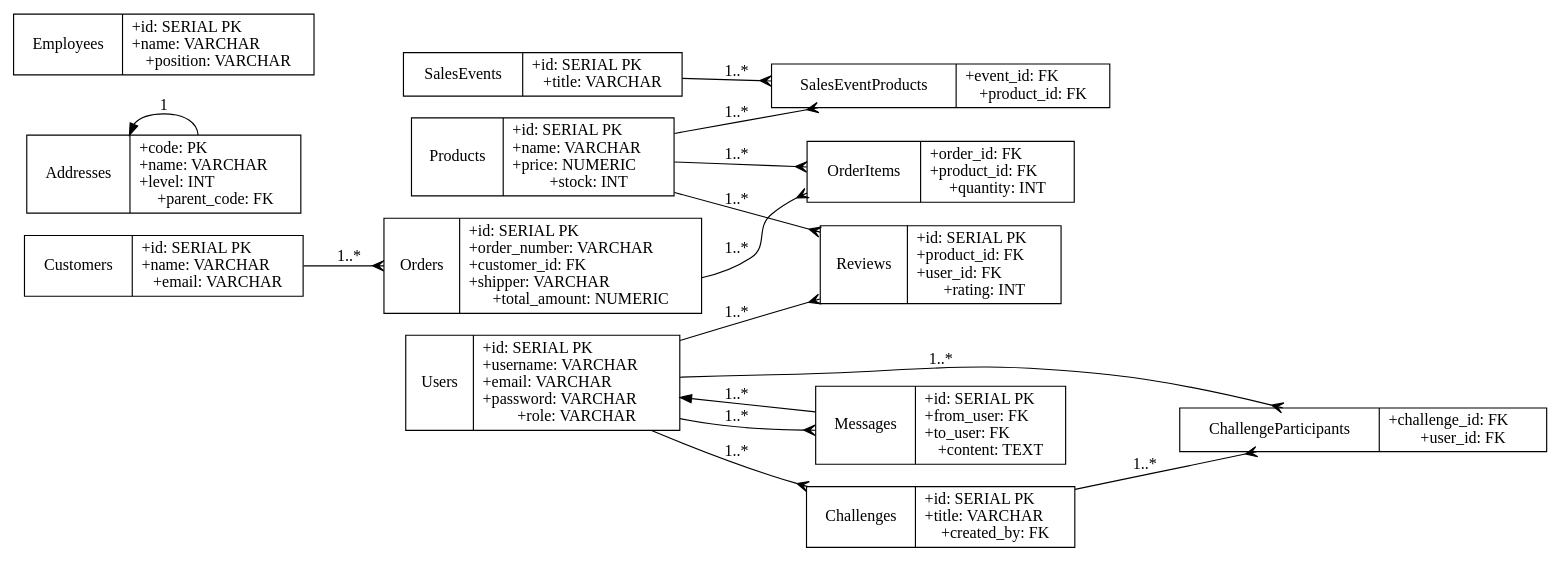
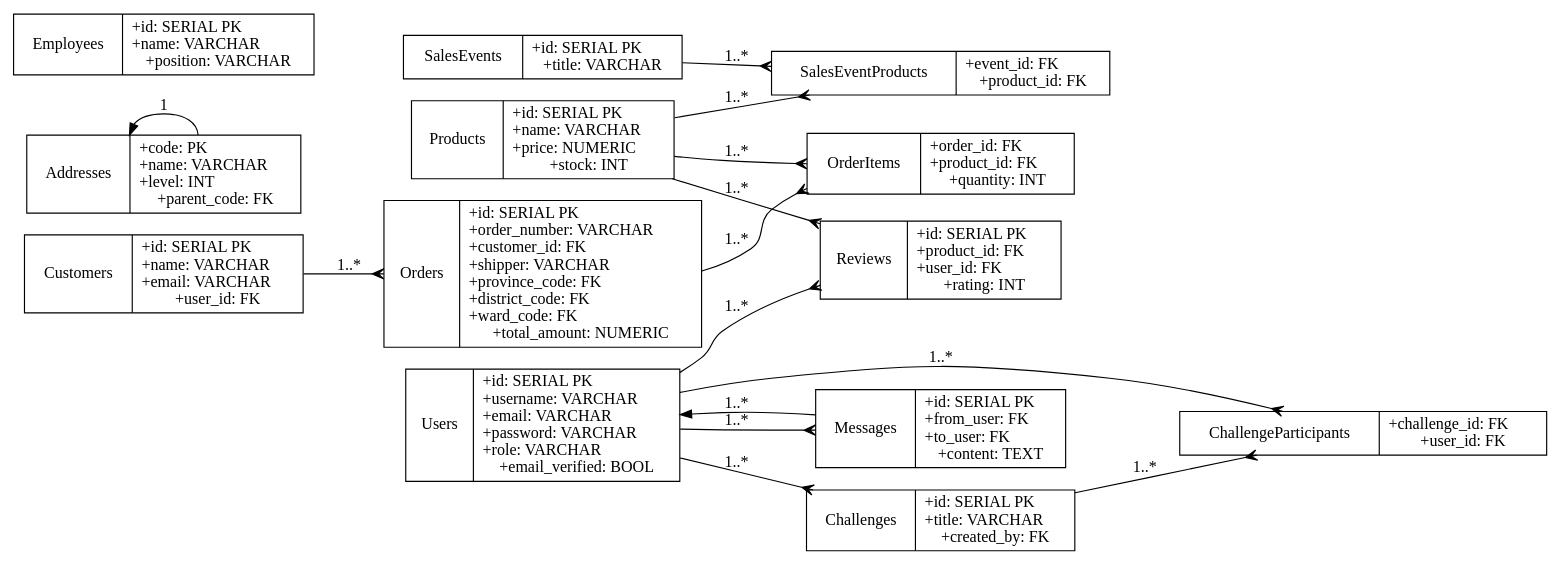
Before and after one commit to PhiHungVo00/Do_An_Cong_Nghe_Phan_Mem: the diagram in database/docs/ERD.dot, drawn with Graphviz. The commit also changed 3 other files, not shown here.

Commit message:
Expand DB schema with customer and shipping details

```diff
--- a/database/docs/ERD.dot
+++ b/database/docs/ERD.dot
@@ -1,31 +1,31 @@
 digraph ERD {
   rankdir=LR;
   node [shape=record];
-  Users [label="{Users|+id: SERIAL PK\l+username: VARCHAR\l+email: VARCHAR\l+password: VARCHAR\l+role: VARCHAR}"];
+  Users [label="{Users|+id: SERIAL PK\l+username: VARCHAR\l+email: VARCHAR\l+password: VARCHAR\l+role: VARCHAR\l+email_verified: BOOL}"];
   Products [label="{Products|+id: SERIAL PK\l+name: VARCHAR\l+price: NUMERIC\l+stock: INT}"];
-  Customers [label="{Customers|+id: SERIAL PK\l+name: VARCHAR\l+email: VARCHAR}"];
-  Orders [label="{Orders|+id: SERIAL PK\l+order_number: VARCHAR\l+customer_id: FK\l+shipper: VARCHAR\l+total_amount: NUMERIC}"];
+  Customers [label="{Customers|+id: SERIAL PK\l+name: VARCHAR\l+email: VARCHAR\l+user_id: FK}"];
+  Orders [label="{Orders|+id: SERIAL PK\l+order_number: VARCHAR\l+customer_id: FK\l+shipper: VARCHAR\l+province_code: FK\l+district_code: FK\l+ward_code: FK\l+total_amount: NUMERIC}"];
   Addresses [label="{Addresses|+code: PK\l+name: VARCHAR\l+level: INT\l+parent_code: FK}"];
   OrderItems [label="{OrderItems|+order_id: FK\l+product_id: FK\l+quantity: INT}"];
   Reviews [label="{Reviews|+id: SERIAL PK\l+product_id: FK\l+user_id: FK\l+rating: INT}"];
   SalesEvents [label="{SalesEvents|+id: SERIAL PK\l+title: VARCHAR}"];
   SalesEventProducts [label="{SalesEventProducts|+event_id: FK\l+product_id: FK}"];
   Challenges [label="{Challenges|+id: SERIAL PK\l+title: VARCHAR\l+created_by: FK}"];
   ChallengeParticipants [label="{ChallengeParticipants|+challenge_id: FK\l+user_id: FK}"];
   Employees [label="{Employees|+id: SERIAL PK\l+name: VARCHAR\l+position: VARCHAR}"];
   Messages [label="{Messages|+id: SERIAL PK\l+from_user: FK\l+to_user: FK\l+content: TEXT}"];
 
   Customers -> Orders [label="1..*", arrowhead=crow];
   Orders -> OrderItems [label="1..*", arrowhead=crow];
   Products -> OrderItems [label="1..*", arrowhead=crow];
   Products -> Reviews [label="1..*", arrowhead=crow];
   Users -> Reviews [label="1..*", arrowhead=crow];
   Users -> Messages [label="1..*", arrowhead=crow];
   Users -> Messages [label="1..*", dir=back];
   Addresses -> Addresses [label="1", dir=back, arrowhead=crow];
   SalesEvents -> SalesEventProducts [label="1..*", arrowhead=crow];
   Products -> SalesEventProducts [label="1..*", arrowhead=crow];
   Users -> Challenges [label="1..*", arrowhead=crow];
   Challenges -> ChallengeParticipants [label="1..*", arrowhead=crow];
   Users -> ChallengeParticipants [label="1..*", arrowhead=crow];
 }
```
